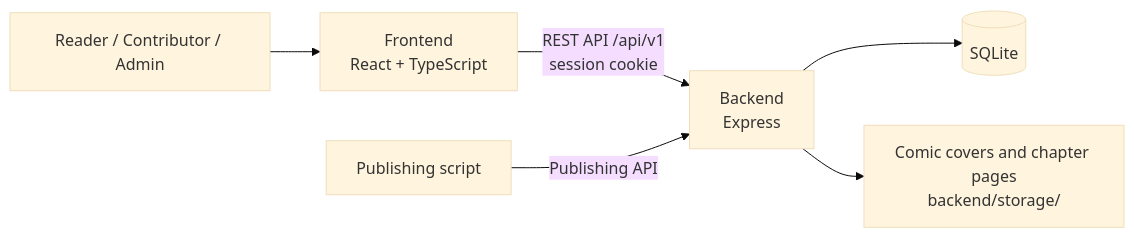
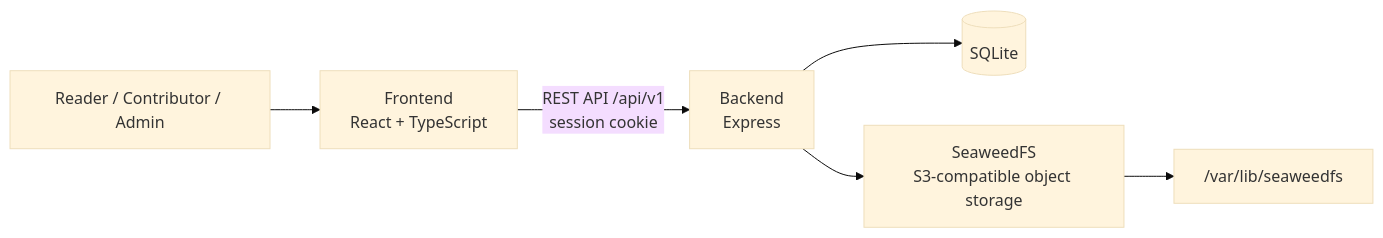
Before and after one commit to nhatphan2127/comic-app: the first of 2 diagrams in README.md, drawn with Mermaid (base theme). The commit also changed other lines of this file and 110 other files, not shown here.

````diff
--- a/README.md
+++ b/README.md
@@ -14,8 +14,8 @@
 ```mermaid
 flowchart LR
     Reader["Reader / Contributor / Admin"] --> Web["Frontend<br/>React + TypeScript"]
     Web -->|"REST API /api/v1<br/>session cookie"| API["Backend<br/>Express"]
     API --> DB[("SQLite")]
-    API --> Files["Comic covers and chapter pages<br/>backend/storage/"]
-    Script["Publishing script"] -->|"Publishing API"| API
+    API --> SeaweedFS["SeaweedFS<br/>S3-compatible object storage"]
+    SeaweedFS --> Disk["/var/lib/seaweedfs"]
 ```
````
